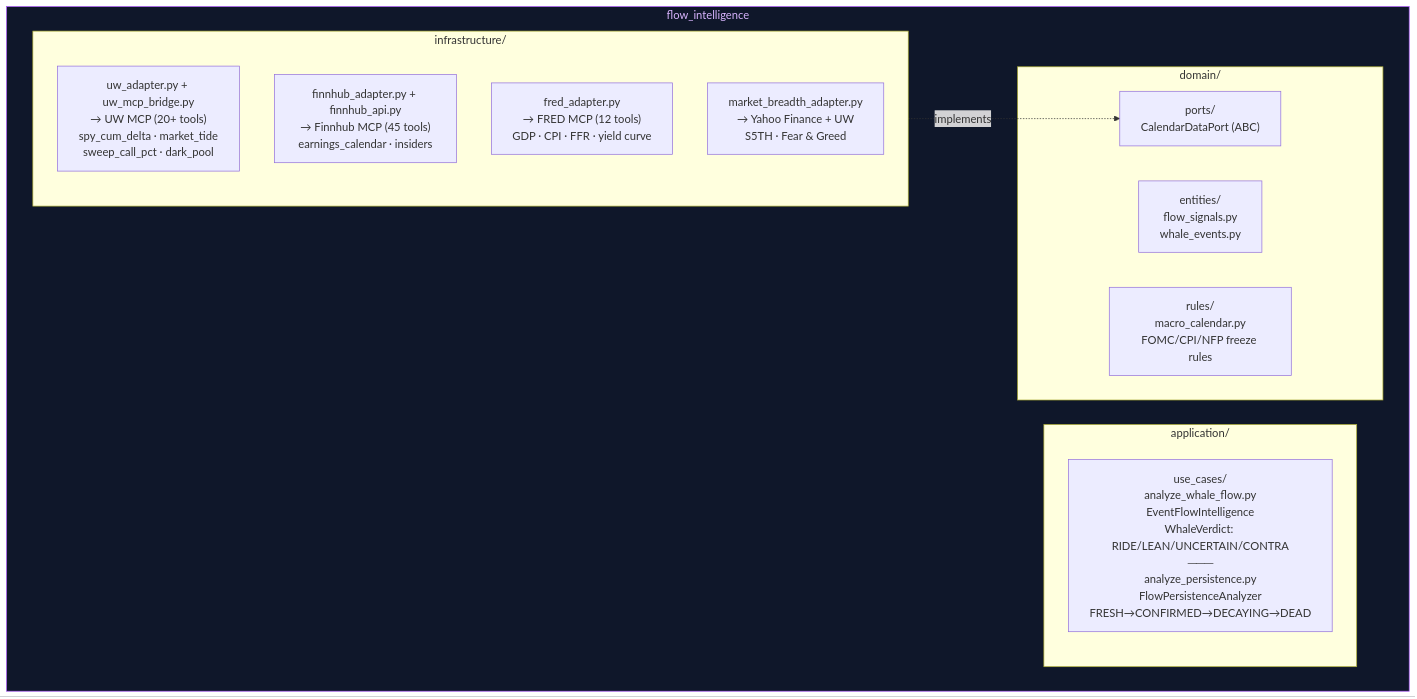
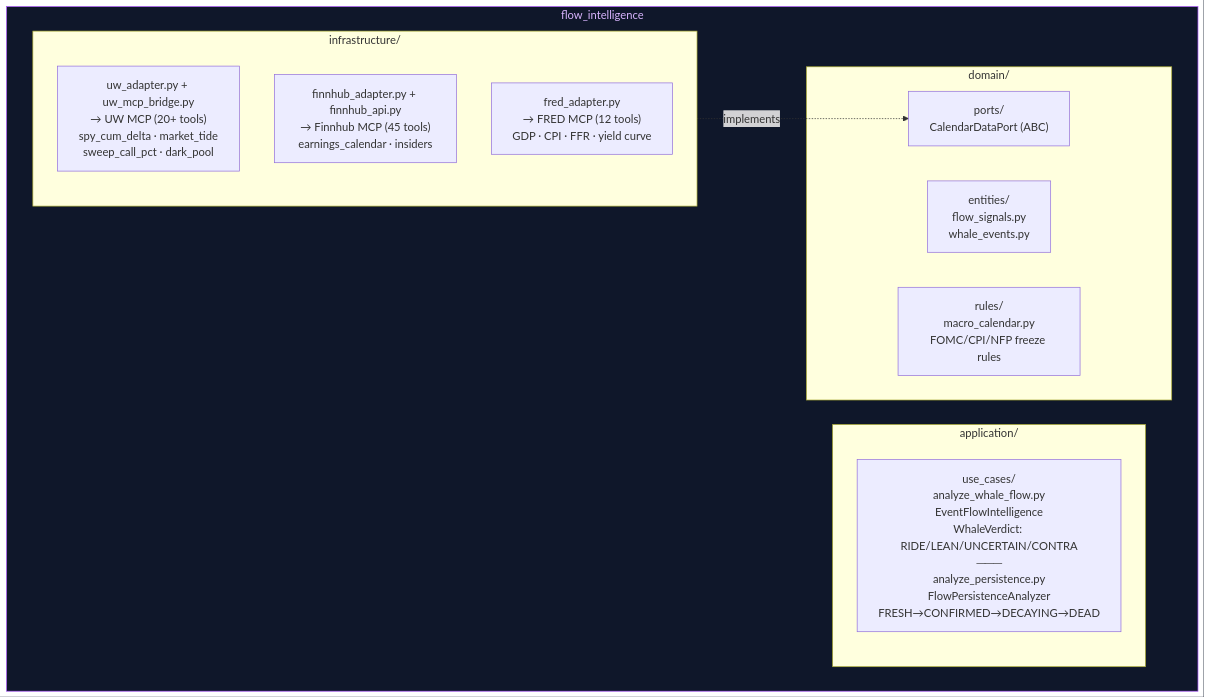
One commit to Charlie7532/botero-trade-engine changed the fourth of 11 diagrams in docs/architecture-modules-internal.md. Above: the diagram before and after it, drawn with Mermaid. The commit also changed other lines of this file and 1 other file, not shown here.

Commit message:
docs: update architecture to V15 with vault-first patterns and new swing gate modules

````diff
--- a/docs/architecture-modules-internal.md
+++ b/docs/architecture-modules-internal.md
@@ -83,23 +122,22 @@
 ```mermaid
 graph TB
     subgraph FI["flow_intelligence"]
         subgraph FI_DOM["domain/"]
             FI_E["entities/<br/>flow_signals.py<br/>whale_events.py"]
             FI_P["ports/<br/>CalendarDataPort (ABC)"]
             FI_R["rules/<br/>macro_calendar.py<br/>FOMC/CPI/NFP freeze rules"]
         end
         subgraph FI_APP["application/"]
             FI_UC["use_cases/<br/>analyze_whale_flow.py<br/>EventFlowIntelligence<br/>WhaleVerdict: RIDE/LEAN/UNCERTAIN/CONTRA<br/>───<br/>analyze_persistence.py<br/>FlowPersistenceAnalyzer<br/>FRESH→CONFIRMED→DECAYING→DEAD"]
         end
         subgraph FI_INF["infrastructure/"]
             FI_UW["uw_adapter.py + uw_mcp_bridge.py<br/>→ UW MCP (20+ tools)<br/>spy_cum_delta · market_tide<br/>sweep_call_pct · dark_pool"]
             FI_FH["finnhub_adapter.py + finnhub_api.py<br/>→ Finnhub MCP (45 tools)<br/>earnings_calendar · insiders"]
             FI_FR["fred_adapter.py<br/>→ FRED MCP (12 tools)<br/>GDP · CPI · FFR · yield curve"]
-            FI_MB["market_breadth_adapter.py<br/>→ Yahoo Finance + UW<br/>S5TH · Fear & Greed"]
         end
     end
 
     FI_INF -.->|"implements"| FI_P
 
     style FI fill:#0f172a,stroke:#a855f7,color:#d8b4fe
 ```
````
